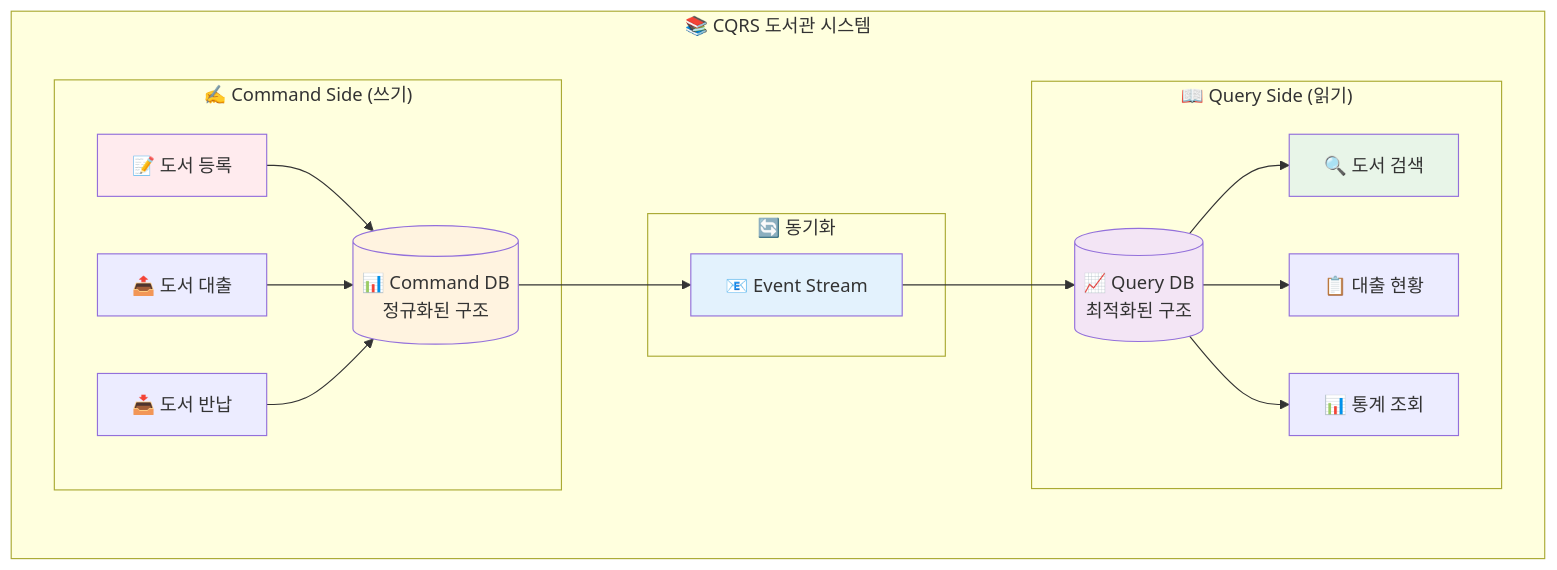
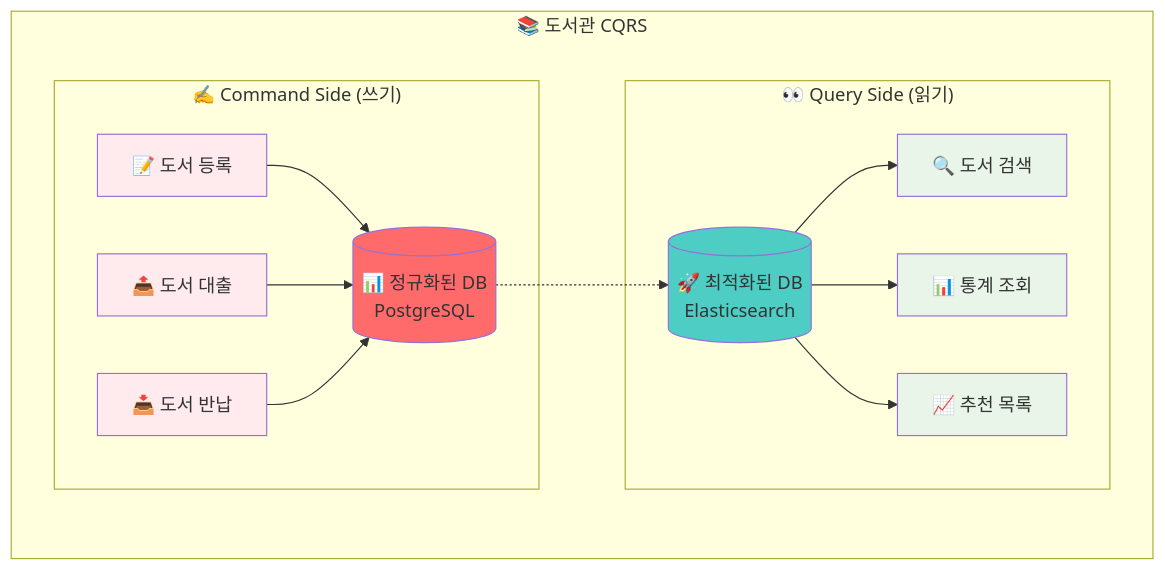
One commit to niceguy61/kdt_devops_lecture_2025 changed the seventh of 9 diagrams in theory/week_04/day1/session_3.md. Above: the diagram before and after it, drawn with Mermaid. The commit also changed other lines of this file and 5 other files, not shown here.

````diff
--- a/theory/week_04/day1/session_3.md
+++ b/theory/week_04/day1/session_3.md
@@ -283,39 +294,37 @@
 ```mermaid
 graph TB
-    subgraph "📚 CQRS 도서관 시스템"
+    subgraph "📚 도서관 CQRS"
         subgraph "✍️ Command Side (쓰기)"
             C1[📝 도서 등록]
             C2[📤 도서 대출]
             C3[📥 도서 반납]
-            CDB[(📊 Command DB<br/>정규화된 구조)]
+            CDB[(📊 정규화된 DB<br/>PostgreSQL)]
         end
         
-        subgraph "📖 Query Side (읽기)"
+        subgraph "👀 Query Side (읽기)"
             Q1[🔍 도서 검색]
-            Q2[📋 대출 현황]
-            Q3[📊 통계 조회]
-            QDB[(📈 Query DB<br/>최적화된 구조)]
+            Q2[📊 통계 조회]
+            Q3[📈 추천 목록]
+            QDB[(🚀 최적화된 DB<br/>Elasticsearch)]
         end
         
-        subgraph "🔄 동기화"
-            ES[📧 Event Stream]
-        end
+        C1 --> CDB
+        C2 --> CDB
+        C3 --> CDB
+        
+        CDB -.-> QDB
+        
+        QDB --> Q1
+        QDB --> Q2
+        QDB --> Q3
     end
     
-    C1 --> CDB
-    C2 --> CDB
-    C3 --> CDB
-    
-    CDB --> ES
-    ES --> QDB
-    
-    QDB --> Q1
-    QDB --> Q2
-    QDB --> Q3
-    
     style C1 fill:#ffebee
+    style C2 fill:#ffebee
+    style C3 fill:#ffebee
     style Q1 fill:#e8f5e8
-    style CDB fill:#fff3e0
-    style QDB fill:#f3e5f5
-    style ES fill:#e3f2fd
+    style Q2 fill:#e8f5e8
+    style Q3 fill:#e8f5e8
+    style CDB fill:#ff6b6b
+    style QDB fill:#4ecdc4
 ```
````
